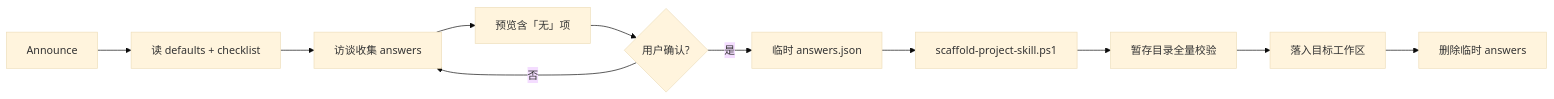
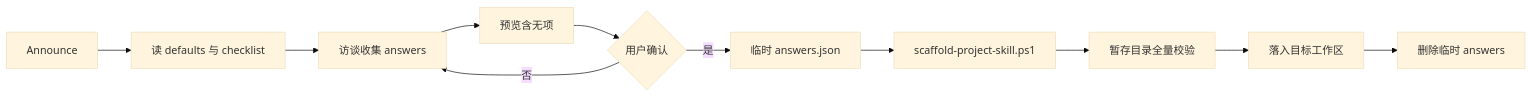
The second of 2 diagrams in README.md (gengens1/gengens.dev.skill.creator), drawn with Mermaid (base theme) before and after one commit. The commit also changed other lines of this file, not shown here.

Commit message:
Fix Mermaid diagrams for GitHub and Gitee rendering.

````diff
--- a/README.md
+++ b/README.md
@@ -121,13 +121,13 @@
 ```mermaid
 flowchart LR
-  A[Announce] --> B[读 defaults + checklist]
+  A[Announce] --> B[读 defaults 与 checklist]
   B --> C[访谈收集 answers]
-  C --> D[预览含「无」项]
-  D --> E{用户确认?}
+  C --> D[预览含无项]
+  D --> E{用户确认}
   E -->|否| C
   E -->|是| F[临时 answers.json]
   F --> G[scaffold-project-skill.ps1]
   G --> H[暂存目录全量校验]
   H --> I[落入目标工作区]
   I --> J[删除临时 answers]
 ```
````
